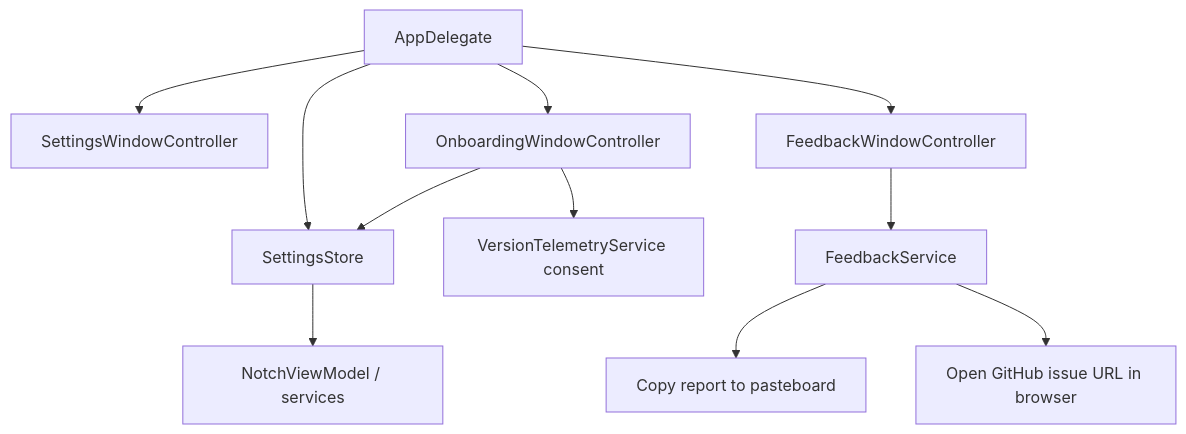
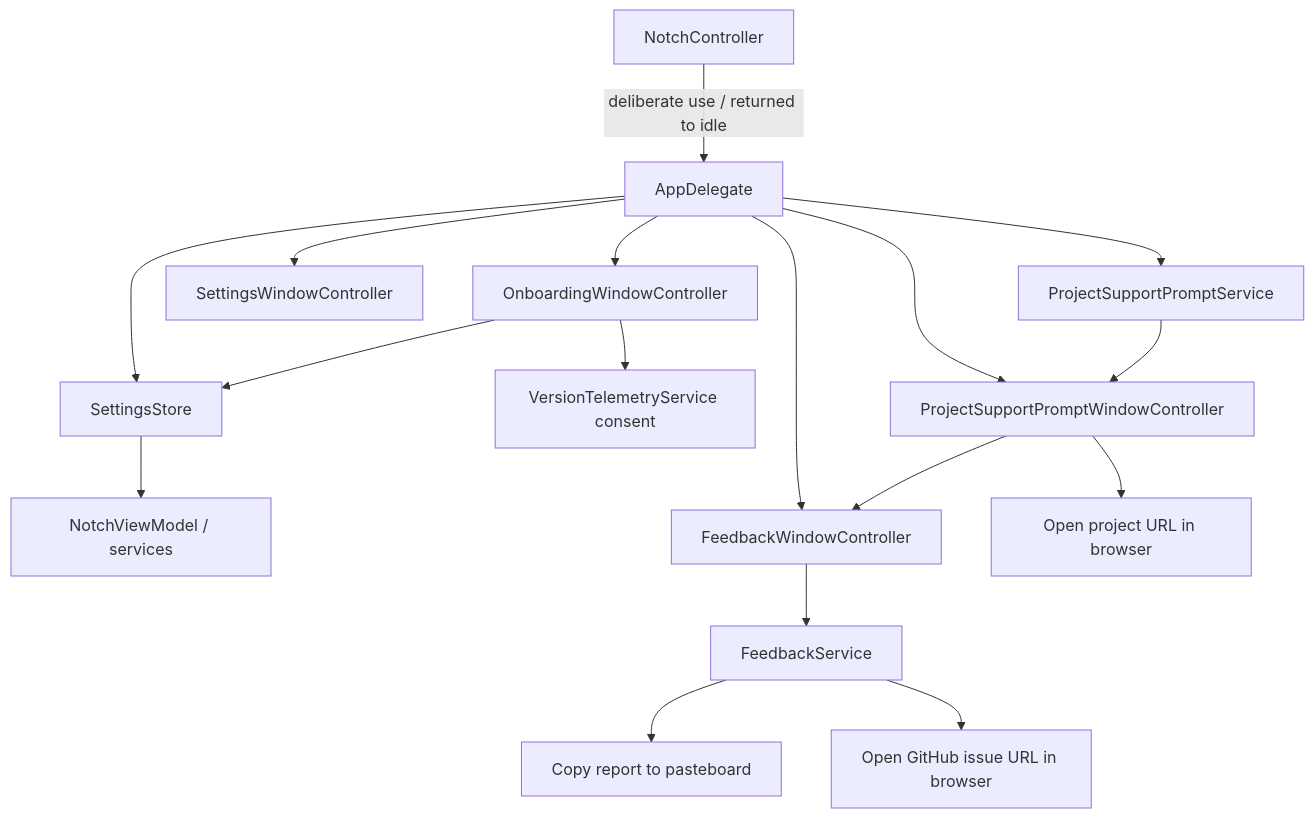
The first of 2 diagrams in knowledge-base/01-architecture/settings-onboarding-feedback.md (TumanovNV/impuls), drawn with Mermaid before and after one commit. The commit also changed other lines of this file and 36 other files, not shown here.

First line of the commit message:
Ask for project support sparingly, locally and from idle (#76)

````diff
--- a/knowledge-base/01-architecture/settings-onboarding-feedback.md
+++ b/knowledge-base/01-architecture/settings-onboarding-feedback.md
@@ -17,13 +17,19 @@
 ```mermaid
 flowchart TD
     APP[AppDelegate] --> SET[SettingsStore]
     APP --> SW[SettingsWindowController]
     APP --> ON[OnboardingWindowController]
     APP --> FW[FeedbackWindowController]
     SET --> VM[NotchViewModel / services]
     ON --> SET
     ON --> VT[VersionTelemetryService consent]
+    APP --> PSW[ProjectSupportPromptWindowController]
     FW --> FS[FeedbackService]
     FS --> PB[Copy report to pasteboard]
     FS --> GH[Open GitHub issue URL in browser]
+    NC[NotchController] -->|deliberate use / returned to idle| APP
+    APP --> PS[ProjectSupportPromptService]
+    PS --> PSW
+    PSW --> FW
+    PSW --> PROJ[Open project URL in browser]
 ```
````
